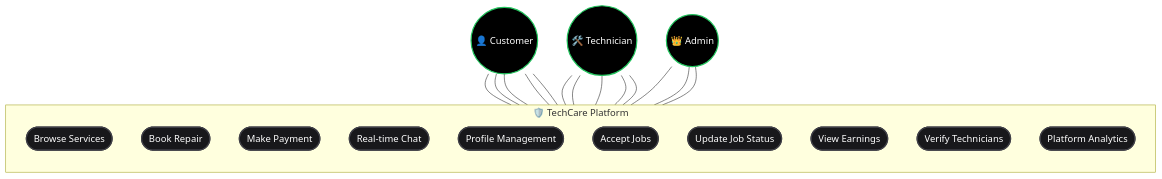
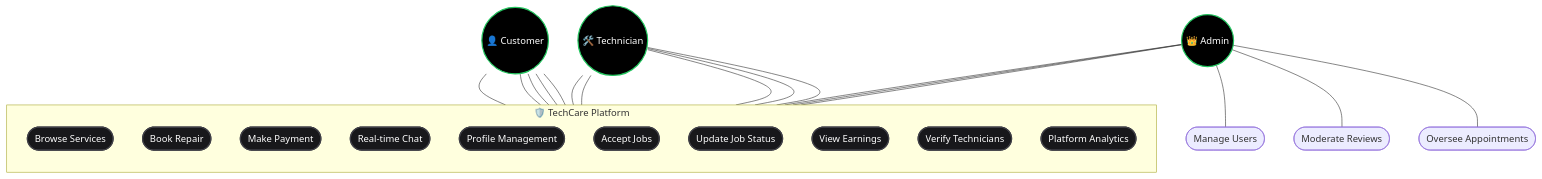
The eighth of 14 diagrams in README.md (Irchika774/Tech-Care_official), drawn with Mermaid before and after one commit. The commit also changed other lines of this file and 7 other files, not shown here.

Commit message:
v2.5.2: Admin Dashboard stability fixes, README diagrams update, and Version History update

````diff
--- a/README.md
+++ b/README.md
@@ -357,40 +382,43 @@
 ```mermaid
 graph TD
     %% Use clearer styling for better text visibility
     classDef actor fill:#000,stroke:#22C55E,stroke-width:2px,color:#fff;
     classDef usecase fill:#18181B,stroke:#3F3F46,stroke-width:2px,color:#fff,rx:20,ry:20;
 
     CUS((👤 Customer)):::actor
     TEC((🛠️ Technician)):::actor
     ADM((👑 Admin)):::actor
 
     subgraph Platform["🛡️ TechCare Platform"]
         direction TB
         UC1([Browse Services]):::usecase
         UC3([Book Repair]):::usecase
         UC4([Make Payment]):::usecase
         UC5([Real-time Chat]):::usecase
         UC6([Profile Management]):::usecase
         UC7([Accept Jobs]):::usecase
         UC8([Update Job Status]):::usecase
         UC9([View Earnings]):::usecase
         UC10([Verify Technicians]):::usecase
         UC11([Platform Analytics]):::usecase
     end
 
     CUS --- UC1
     CUS --- UC3
     CUS --- UC4
     CUS --- UC5
     CUS --- UC6
 
     TEC --- UC7
     TEC --- UC8
     TEC --- UC9
     TEC --- UC5
     TEC --- UC6
 
     ADM --- UC10
     ADM --- UC11
     ADM --- UC6
+    ADM --- UC13([Manage Users])
+    ADM --- UC14([Moderate Reviews])
+    ADM --- UC15([Oversee Appointments])
 ```
````
